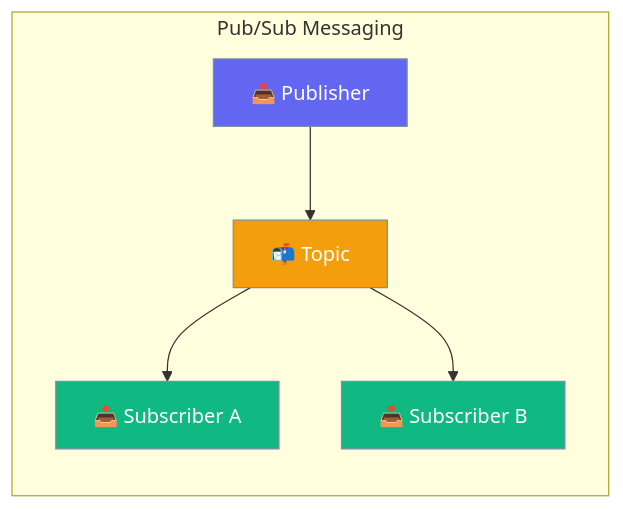
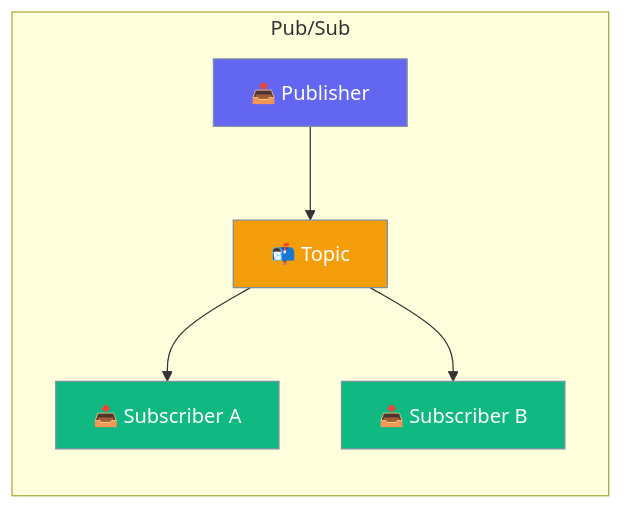
Before and after one commit to MervinPraison/PraisonAIDocs: the first of 2 diagrams in docs/js/pubsub.mdx, drawn with Mermaid. The commit also changed other lines of this file and 30 other files, not shown here.

````diff
--- a/docs/js/pubsub.mdx
+++ b/docs/js/pubsub.mdx
@@ -10,16 +10,16 @@
 ```mermaid
 graph LR
-    subgraph "Pub/Sub Messaging"
+    subgraph "Pub/Sub"
         A[📤 Publisher] --> B[📬 Topic]
         B --> C[📥 Subscriber A]
         B --> D[📥 Subscriber B]
     end
     
     classDef pub fill:#6366F1,stroke:#7C90A0,color:#fff
     classDef topic fill:#F59E0B,stroke:#7C90A0,color:#fff
     classDef sub fill:#10B981,stroke:#7C90A0,color:#fff
     
     class A pub
     class B topic
     class C,D sub
 ```
````
